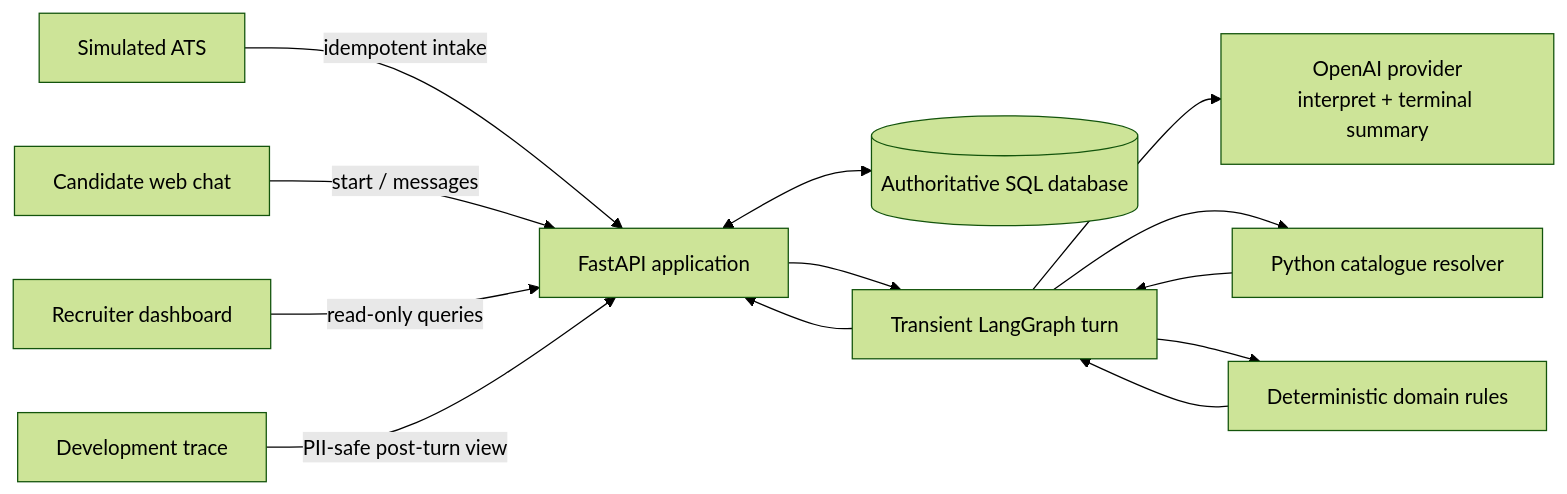
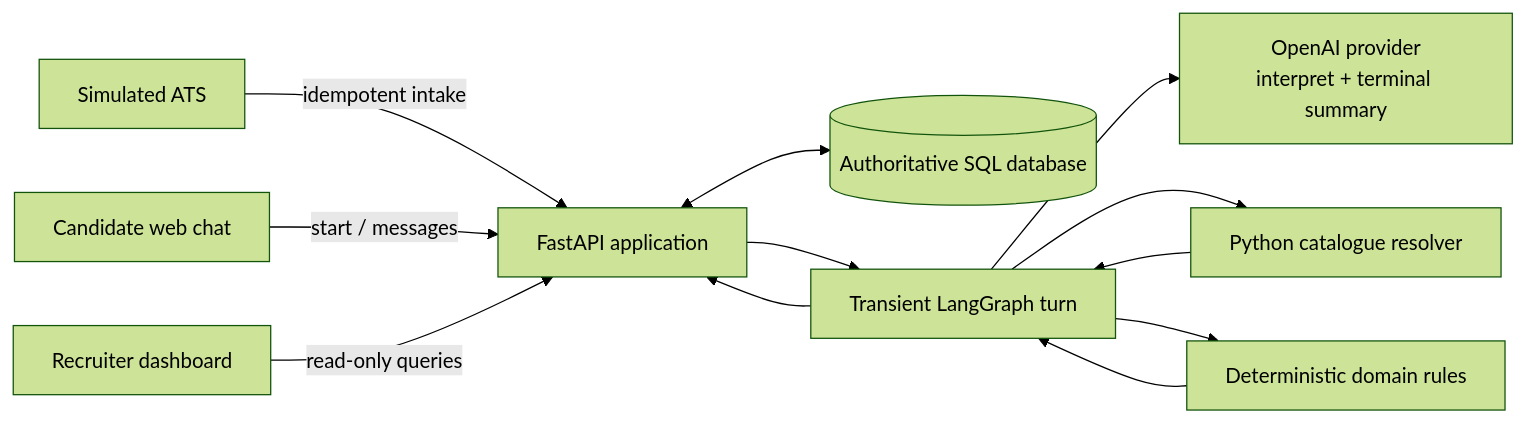
One commit to nanoonan123/grupo-sazon-fde changed the first of 2 diagrams in docs/ARCHITECTURE_AND_DECISIONS.md. Above: the diagram before and after it, drawn with Mermaid (forest theme). The commit also changed other lines of this file and 33 other files, not shown here.

````diff
--- a/docs/ARCHITECTURE_AND_DECISIONS.md
+++ b/docs/ARCHITECTURE_AND_DECISIONS.md
@@ -30,15 +30,14 @@
 ```mermaid
 flowchart LR
     ATS["Simulated ATS"] -->|idempotent intake| API["FastAPI application"]
     Candidate["Candidate web chat"] -->|start / messages| API
     Recruiter["Recruiter dashboard"] -->|read-only queries| API
-    Developer["Development trace"] -->|PII-safe post-turn view| API
     API <--> DB[("Authoritative SQL database")]
     API --> Graph["Transient LangGraph turn"]
     Graph --> LLM["OpenAI provider\ninterpret + terminal summary"]
     Graph --> Resolver["Python catalogue resolver"]
     Graph --> Rules["Deterministic domain rules"]
     Resolver --> Graph
     Rules --> Graph
     Graph --> API
 ```
````
